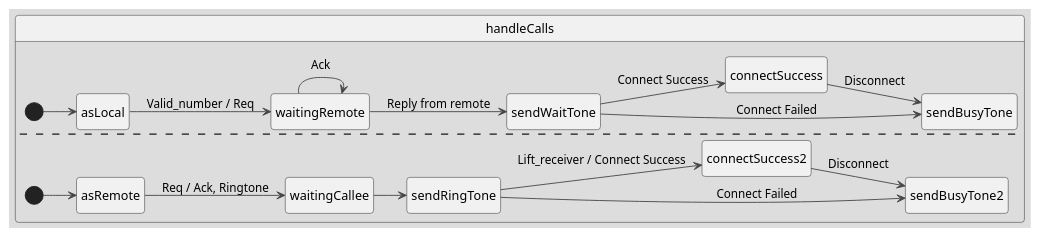
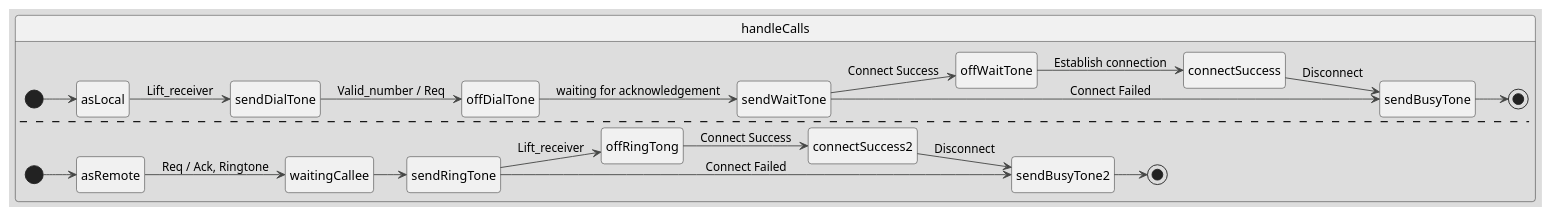
One commit to IvanFengJK/ESC_Diagrams_Plantuml changed the diagram in Cohort Execises/CE3/Q10.plantuml. Above: the diagram before and after it, drawn with PlantUML. The commit also changed 19 other files, not shown here.

Commit message:
update diagrams and timeline

```diff
--- a/Cohort Execises/CE3/Q10.plantuml
+++ b/Cohort Execises/CE3/Q10.plantuml
@@ -1,28 +1,27 @@
 @startuml Q10
 !theme toy
 left to right direction
 hide empty description
 
 state handleCalls {
     [*] --> asLocal
-    asLocal --> waitingRemote: Valid_number / Req
-    waitingRemote --> waitingRemote : Ack
-    waitingRemote --> sendWaitTone : Reply from remote
-    sendWaitTone --> connectSuccess : Connect Success
+    asLocal --> sendDialTone : Lift_receiver
+    sendDialTone --> offDialTone : Valid_number / Req
+    offDialTone --> sendWaitTone : waiting for acknowledgement
+    sendWaitTone --> offWaitTone : Connect Success
+    offWaitTone --> connectSuccess : Establish connection
     connectSuccess --> sendBusyTone : Disconnect
     sendWaitTone --> sendBusyTone : Connect Failed
-
-
+    sendBusyTone --> [*]
     --
     [*] --> asRemote
     asRemote --> waitingCallee : Req / Ack, Ringtone
     waitingCallee --> sendRingTone
-    sendRingTone --> connectSuccess2 : Lift_receiver / Connect Success
+    sendRingTone --> offRingTong : Lift_receiver
+    offRingTong --> connectSuccess2 : Connect Success
     connectSuccess2 --> sendBusyTone2 : Disconnect
     sendRingTone --> sendBusyTone2 : Connect Failed
+    sendBusyTone2 --> [*]
 }
 
-
-
-
 @enduml
```
